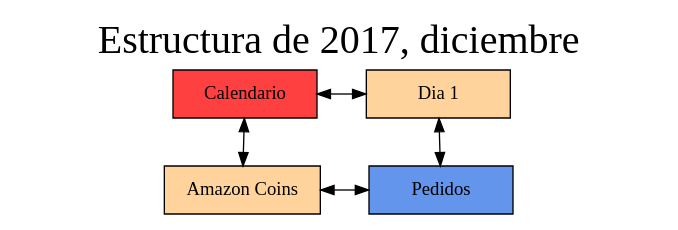
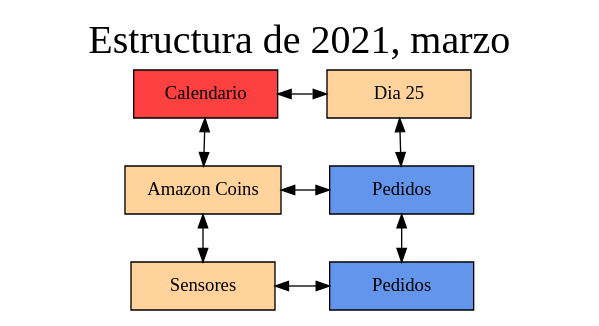
The diagram in EDD_VirtualMall_201901816/Dot/days.dot (AngelArteaga1/EDD_VirtualMall_201901816), drawn with Graphviz before and after one commit. The commit also changed 40 other files, not shown here.

```diff
--- a/EDD_VirtualMall_201901816/Dot/days.dot
+++ b/EDD_VirtualMall_201901816/Dot/days.dot
@@ -1,18 +1,23 @@
 digraph days {
 rankdir = TB;
 node [shape=rectangle, height=0.5, width=1.5, style = filled];
 graph[ nodesep = 0.5];
 labelloc="t";
-label="Estructura de 2017, diciembre";
+label="Estructura de 2021, marzo";
 fontsize=30;
 node0 [label="Calendario", fillcolor = brown1];
-nodex1 [label="Dia 1", fillcolor = burlywood1];
+nodex25 [label="Dia 25", fillcolor = burlywood1];
 nodey0 [label="Amazon Coins", fillcolor = burlywood1];
-node1_0 [label="Pedidos", fillcolor = cornflowerblue];
-node0 -> nodex1[ dir=both];
-nodex1 -> node1_0[dir=both];
+nodey1 [label="Sensores", fillcolor = burlywood1];
+node25_0 [label="Pedidos", fillcolor = cornflowerblue];
+node25_1 [label="Pedidos", fillcolor = cornflowerblue];
+node0 -> nodex25[ dir=both];
+nodex25 -> node25_0 -> node25_1[dir=both];
 node0 -> nodey0[ dir=both];
-nodey0 -> node1_0[constraint=false, dir=both];
-{ rank=same; node0; nodex1; }
-{ rank=same; nodey0;node1_0;};
+nodey0 -> nodey1[dir=both];
+nodey0 -> node25_0[constraint=false, dir=both];
+nodey1 -> node25_1[constraint=false, dir=both];
+{ rank=same; node0; nodex25; }
+{ rank=same; nodey0;node25_0;};
+{ rank=same; nodey1;node25_1;};
 }
```
